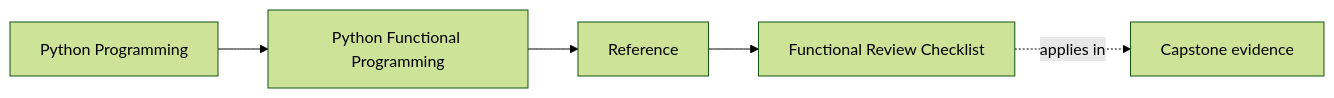
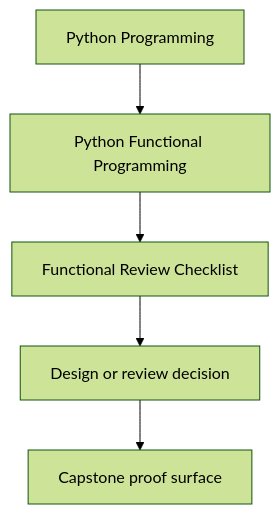
One commit to bijux/bijux-masterclass changed the first of 2 diagrams in programs/python-programming/python-functional-programming/course-book/reference/review-checklist.md. Above: the diagram before and after it, drawn with Mermaid (forest theme). The commit also changed other lines of this file and 23 other files, not shown here.

Commit message:
docs(python-functional-programming): sharpen guide and reference diagrams

````diff
--- a/programs/python-programming/python-functional-programming/course-book/reference/review-checklist.md
+++ b/programs/python-programming/python-functional-programming/course-book/reference/review-checklist.md
@@ -7,11 +7,7 @@
 ```mermaid
-graph LR
-  family["Python Programming"]
-  program["Python Functional Programming"]
-  section["Reference"]
-  page["Functional Review Checklist"]
-  capstone["Capstone evidence"]
-
-  family --> program --> section --> page
-  page -.applies in.-> capstone
+flowchart TD
+  family["Python Programming"] --> program["Python Functional Programming"]
+  program --> reference["Functional Review Checklist"]
+  reference --> review["Design or review decision"]
+  review --> capstone["Capstone proof surface"]
 ```
````
